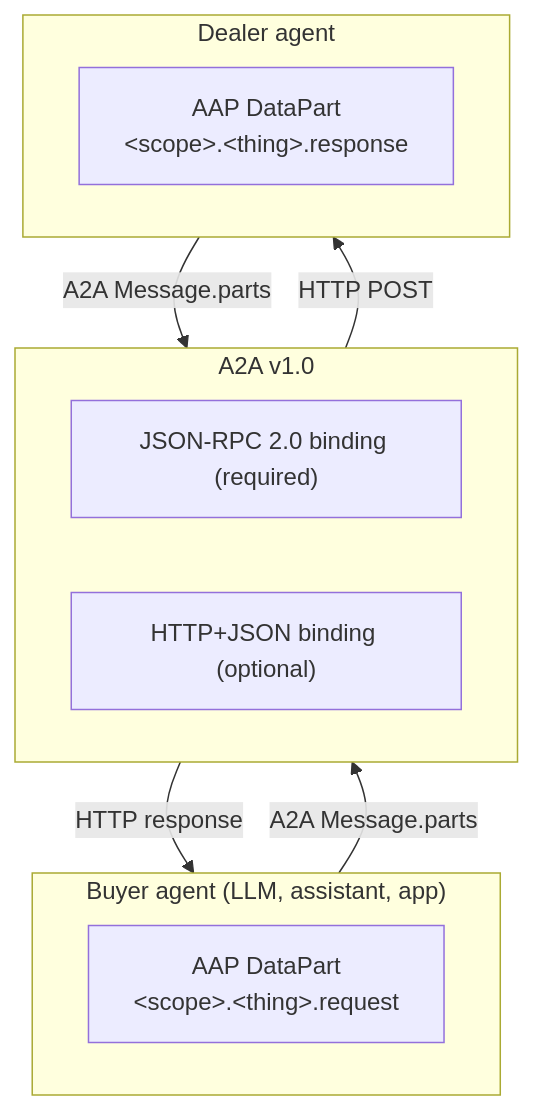
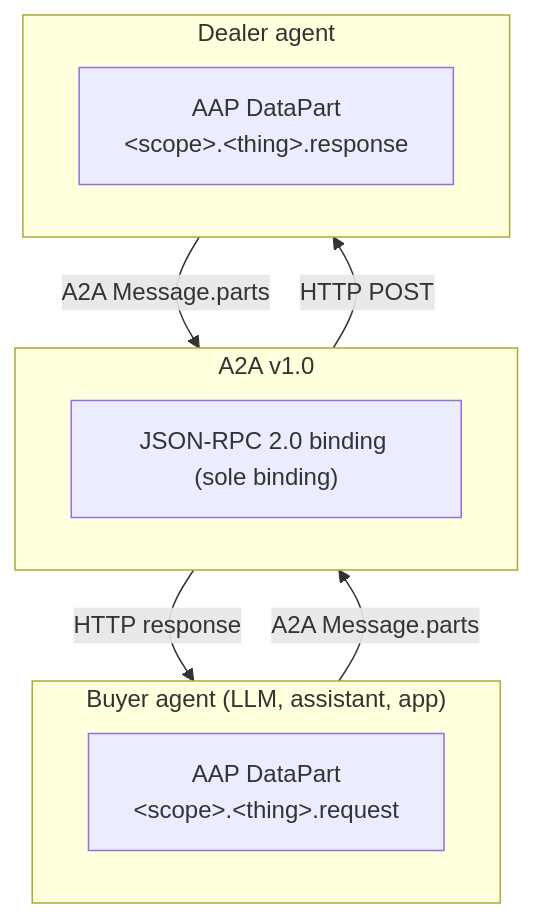
One commit to auto-agent-protocol/auto-agent-protocol changed the diagram in docs/intro.md. Above: the diagram before and after it, drawn with Mermaid. The commit also changed other lines of this file and 113 other files, not shown here.

Commit message:
AAP v1.1 — enterprise-ready DX & strict JSON-RPC (#9)

````diff
--- a/docs/intro.md
+++ b/docs/intro.md
@@ -47,21 +47,20 @@
 ```mermaid
 flowchart TB
   subgraph Buyer["Buyer agent (LLM, assistant, app)"]
     BA["AAP DataPart<br/>&lt;scope&gt;.&lt;thing&gt;.request"]
   end
 
   subgraph A2A["A2A v1.0"]
     direction LR
-    JR["JSON-RPC 2.0 binding (required)"]
-    HTTP["HTTP+JSON binding (optional)"]
+    JR["JSON-RPC 2.0 binding (sole binding)"]
   end
 
   subgraph Dealer["Dealer agent"]
     DA["AAP DataPart<br/>&lt;scope&gt;.&lt;thing&gt;.response"]
   end
 
   Buyer -->|A2A Message.parts| A2A
   A2A -->|HTTP POST| Dealer
   Dealer -->|A2A Message.parts| A2A
   A2A -->|HTTP response| Buyer
 ```
````
